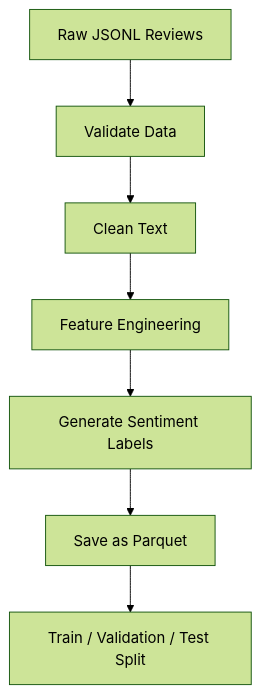
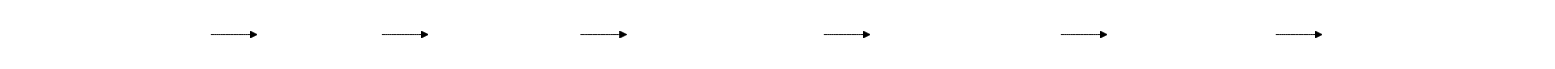
One commit to Sree2622/amazon-review-agent changed the diagram in preprocessing/README.md. Above: the diagram before and after it, drawn with Mermaid (forest theme).

Commit message:
Change flowchart direction and update labels

````diff
--- a/preprocessing/README.md
+++ b/preprocessing/README.md
@@ -20,12 +20,14 @@
 ```mermaid
-flowchart TD
-    A[Raw JSONL Reviews]
-    B[Validate Data]
-    C[Clean Text]
-    D[Feature Engineering]
-    E[Generate Sentiment Labels]
-    F[Save as Parquet]
-    G[Train / Validation / Test Split]
+flowchart LR
+    A["Raw JSONL Reviews"]
+    B["Validation"]
+    C["Text Cleaning"]
+    D["Feature Engineering"]
+    E["Sentiment Labeling"]
+    F["Parquet Dataset"]
+    G["Train • Validation • Test"]
 
     A --> B --> C --> D --> E --> F --> G
+
+    classDef default fill:transparent,stroke:none,color:#fff;
 ```
````
